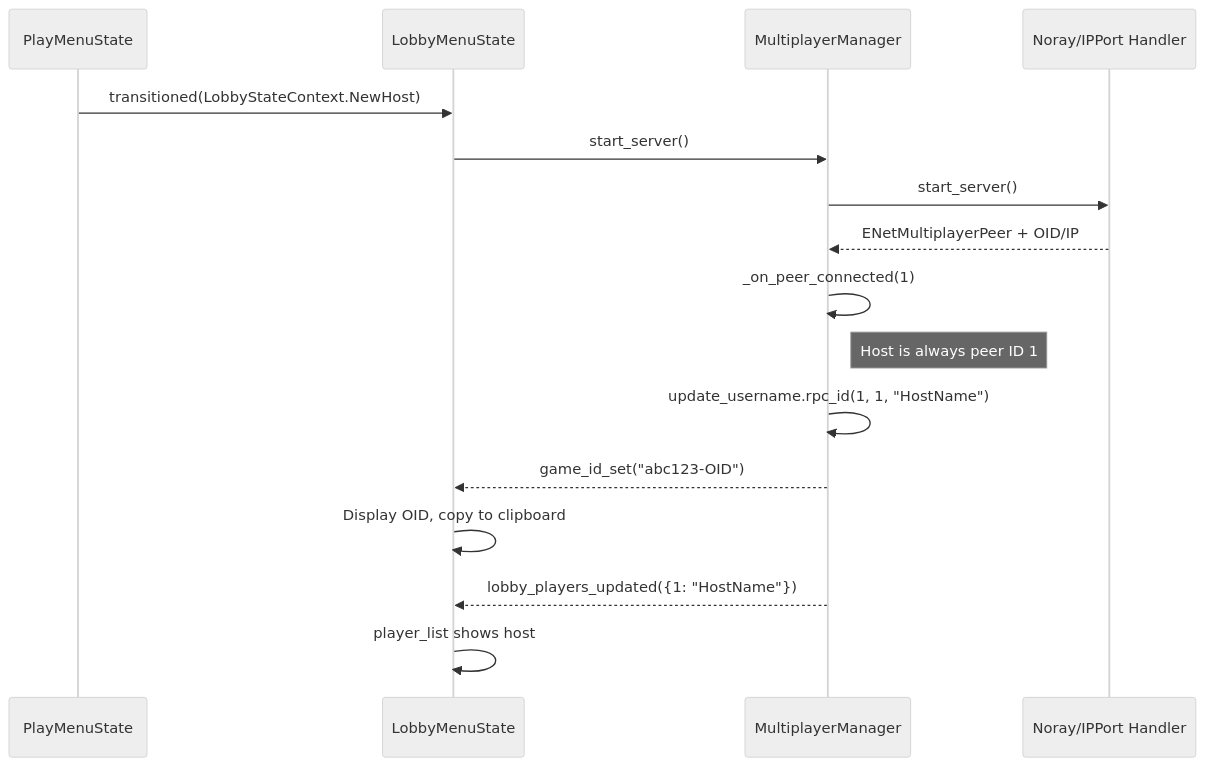
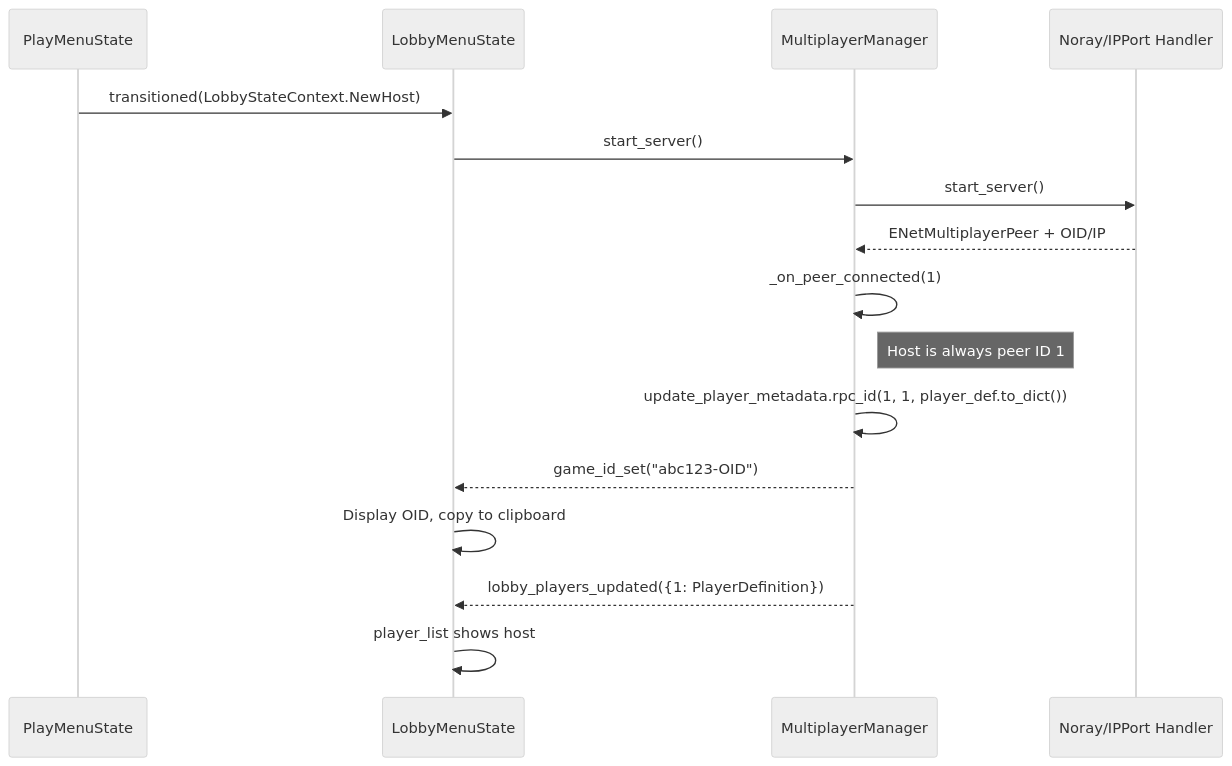
Before and after one commit to ssebs/DankNooner: the second of 13 diagrams in v2/planning_docs/LobbyGameFlowMP.md, drawn with Mermaid (neutral theme). The commit also changed other lines of this file and 7 other files, not shown here.

````diff
--- a/v2/planning_docs/LobbyGameFlowMP.md
+++ b/v2/planning_docs/LobbyGameFlowMP.md
@@ -41,19 +41,19 @@
 ```mermaid
 sequenceDiagram
     participant Play as PlayMenuState
     participant Lobby as LobbyMenuState
     participant MM as MultiplayerManager
     participant Handler as Noray/IPPort Handler
 
     Play->>Lobby: transitioned(LobbyStateContext.NewHost)
     Lobby->>MM: start_server()
     MM->>Handler: start_server()
     Handler-->>MM: ENetMultiplayerPeer + OID/IP
     MM->>MM: _on_peer_connected(1)
     Note right of MM: Host is always peer ID 1
-    MM->>MM: update_username.rpc_id(1, 1, "HostName")
+    MM->>MM: update_player_metadata.rpc_id(1, 1, player_def.to_dict())
     MM-->>Lobby: game_id_set("abc123-OID")
     Lobby->>Lobby: Display OID, copy to clipboard
-    MM-->>Lobby: lobby_players_updated({1: "HostName"})
+    MM-->>Lobby: lobby_players_updated({1: PlayerDefinition})
     Lobby->>Lobby: player_list shows host
 ```
````
